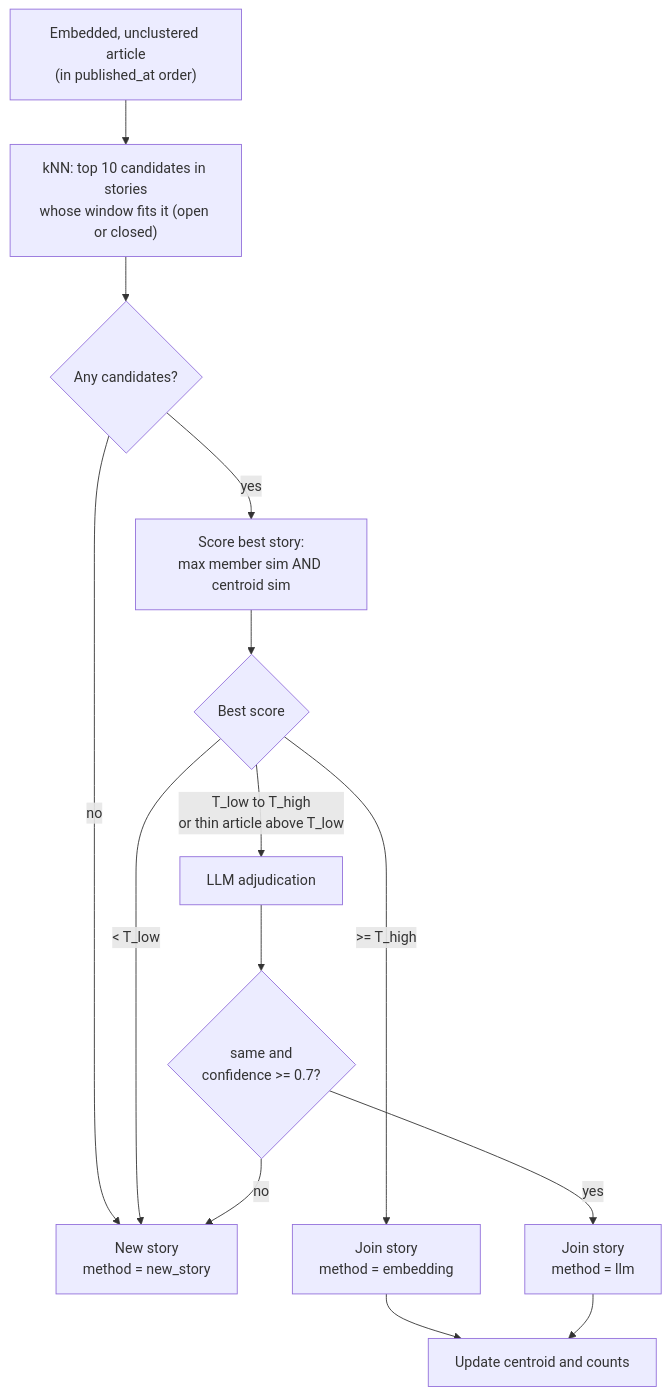
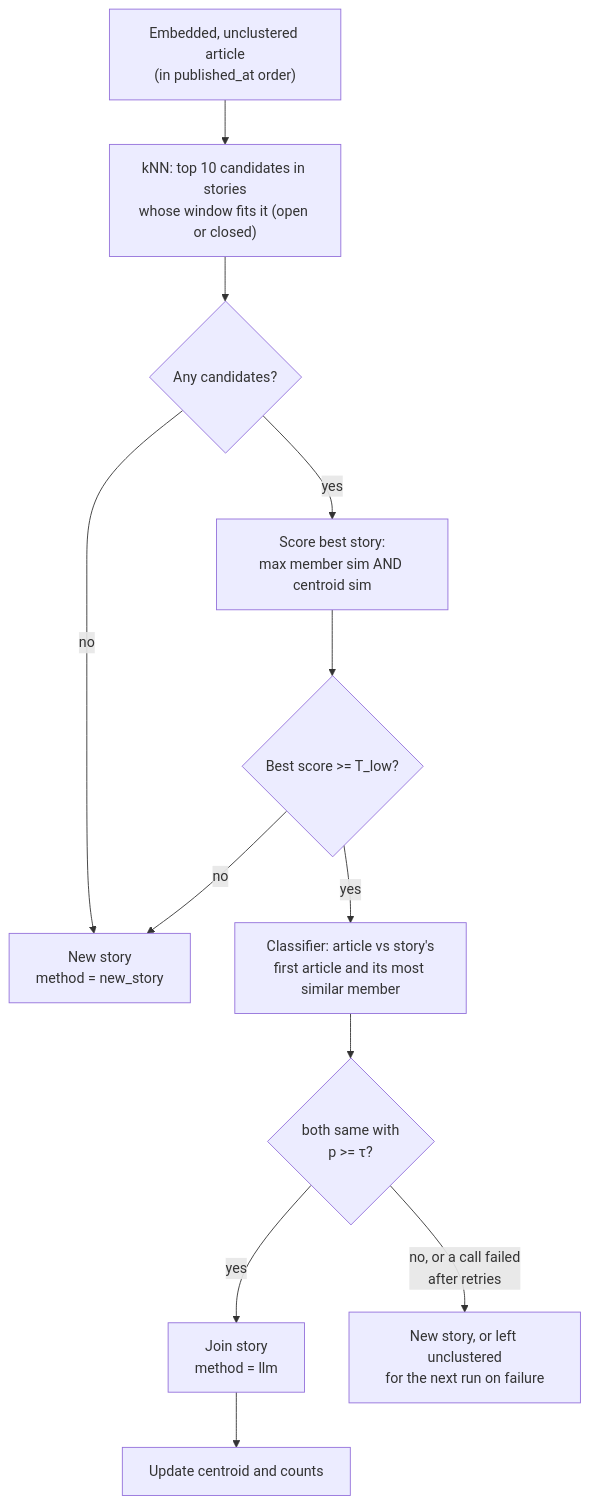
One commit to camricksolorio/better-news changed the third of 4 diagrams in docs/story-clustering-v1/tdd.md. Above: the diagram before and after it, drawn with Mermaid. The commit also changed other lines of this file and 1 other file, not shown here.

First line of the commit message:
Revise clustering design for precision: classifier decides every join

````diff
--- a/docs/story-clustering-v1/tdd.md
+++ b/docs/story-clustering-v1/tdd.md
@@ -175,16 +187,14 @@
 ```mermaid
 flowchart TD
   A["Embedded, unclustered article<br/>(in published_at order)"] --> B["kNN: top 10 candidates in stories<br/>whose window fits it (open or closed)"]
   B --> C{"Any candidates?"}
   C -- no --> N["New story<br/>method = new_story"]
   C -- yes --> D["Score best story:<br/>max member sim AND centroid sim"]
-  D --> E{"Best score"}
-  E -- "< T_low" --> N
-  E -- "T_low to T_high<br/>or thin article above T_low" --> L["LLM adjudication"]
-  E -- ">= T_high" --> J["Join story<br/>method = embedding"]
-  L --> V{"same and<br/>confidence >= 0.7?"}
-  V -- yes --> J2["Join story<br/>method = llm"]
-  V -- no --> N
+  D --> E{"Best score >= T_low?"}
+  E -- no --> N
+  E -- yes --> L["Classifier: article vs story's<br/>first article and its most similar member"]
+  L --> V{"both same with<br/>p >= τ?"}
+  V -- yes --> J["Join story<br/>method = llm"]
+  V -- "no, or a call failed<br/>after retries" --> N2["New story, or left unclustered<br/>for the next run on failure"]
   J --> U["Update centroid and counts"]
-  J2 --> U
 ```
````
